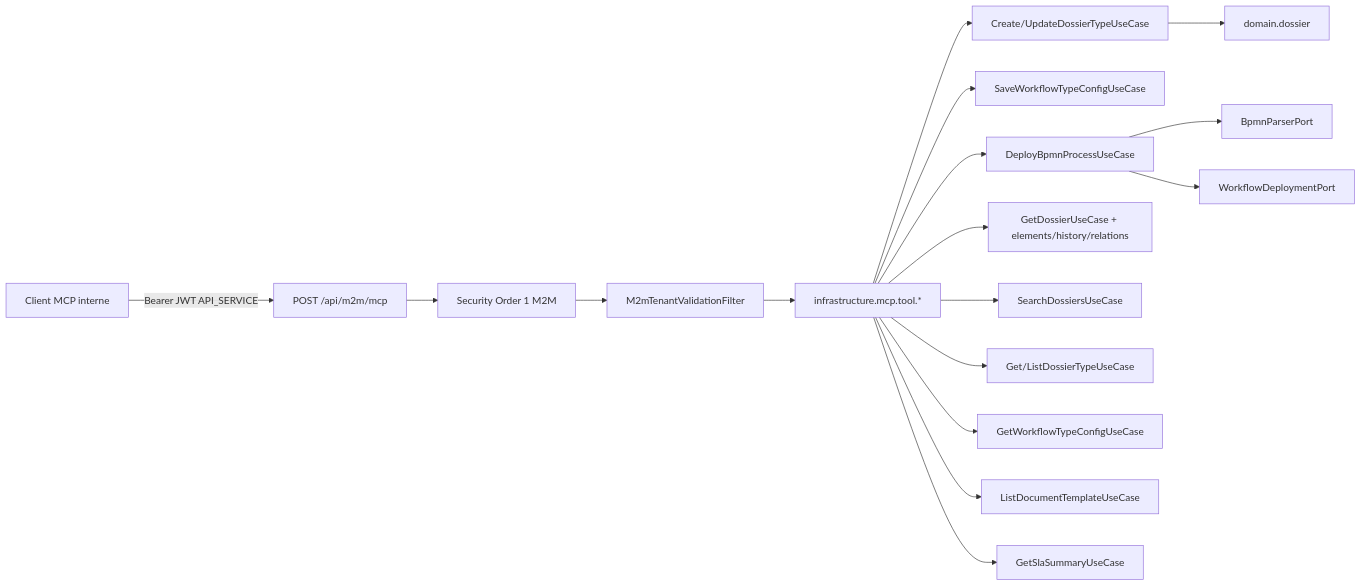
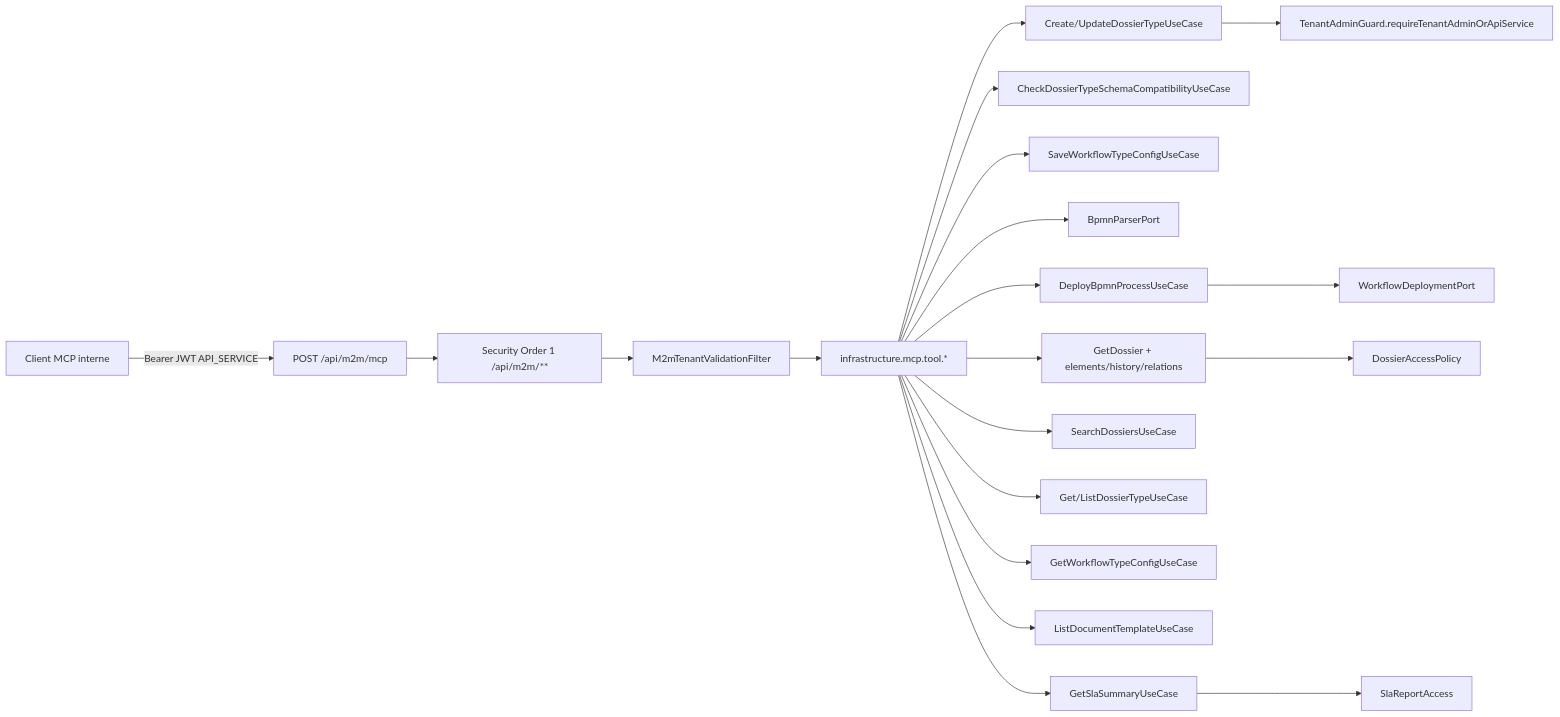
Before and after one commit to superjojo79/Myrmacta: the diagram in docs/ai/design/2026-08-27-feature-serveur-mcp.md, drawn with Mermaid. The commit also changed other lines of this file and 9 other files, not shown here.

````diff
--- a/docs/ai/design/2026-08-27-feature-serveur-mcp.md
+++ b/docs/ai/design/2026-08-27-feature-serveur-mcp.md
@@ -25,19 +27,22 @@
 ```mermaid
 flowchart LR
-  agent["Client MCP interne"] -->|Bearer JWT API_SERVICE| mcp["POST /api/m2m/mcp"]
-  mcp --> chain["Security Order 1 M2M"]
+  agent["Client MCP interne"] -->|"Bearer JWT API_SERVICE"| mcp["POST /api/m2m/mcp"]
+  mcp --> chain["Security Order 1 /api/m2m/**"]
   chain --> tenant["M2mTenantValidationFilter"]
   tenant --> tools["infrastructure.mcp.tool.*"]
   tools --> defineUc["Create/UpdateDossierTypeUseCase"]
+  tools --> compatUc["CheckDossierTypeSchemaCompatibilityUseCase"]
   tools --> saveWf["SaveWorkflowTypeConfigUseCase"]
+  tools --> parser["BpmnParserPort"]
   tools --> deployUc["DeployBpmnProcessUseCase"]
-  tools --> getD["GetDossierUseCase + elements/history/relations"]
+  tools --> getD["GetDossier + elements/history/relations"]
   tools --> searchUc["SearchDossiersUseCase"]
   tools --> typesUc["Get/ListDossierTypeUseCase"]
   tools --> wfList["GetWorkflowTypeConfigUseCase"]
   tools --> tmpl["ListDocumentTemplateUseCase"]
   tools --> sla["GetSlaSummaryUseCase"]
-  defineUc --> domainDossier["domain.dossier"]
-  deployUc --> parser["BpmnParserPort"]
+  defineUc --> guard["TenantAdminGuard.requireTenantAdminOrApiService"]
+  getD --> policy["DossierAccessPolicy"]
+  sla --> slaAccess["SlaReportAccess"]
   deployUc --> flowable["WorkflowDeploymentPort"]
 ```
````
